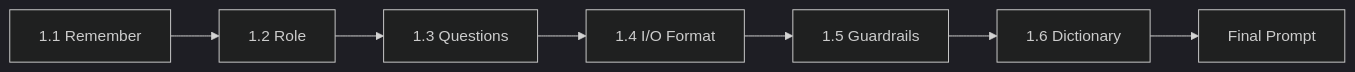
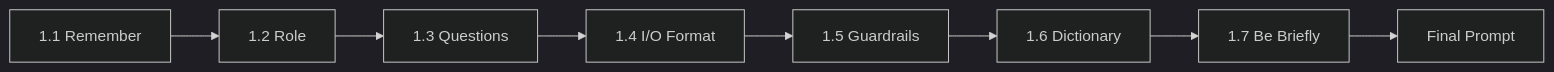
Before and after one commit to Navid-gh/AI-Tricks-101: the first of 3 diagrams in README.md, drawn with Mermaid (dark theme). The commit also changed other lines of this file, not shown here.

````diff
--- a/README.md
+++ b/README.md
@@ -130,9 +135,10 @@
 ```mermaid
 flowchart LR
     A["1.1 Remember"] --> B["1.2 Role"]
     B --> C["1.3 Questions"]
     C --> D["1.4 I/O Format"]
     D --> E["1.5 Guardrails"]
     E --> F["1.6 Dictionary"]
-    F --> G["Final Prompt"]
+    F --> H["1.7 Be Briefly"]
+    H --> G["Final Prompt"]
 ```
````
